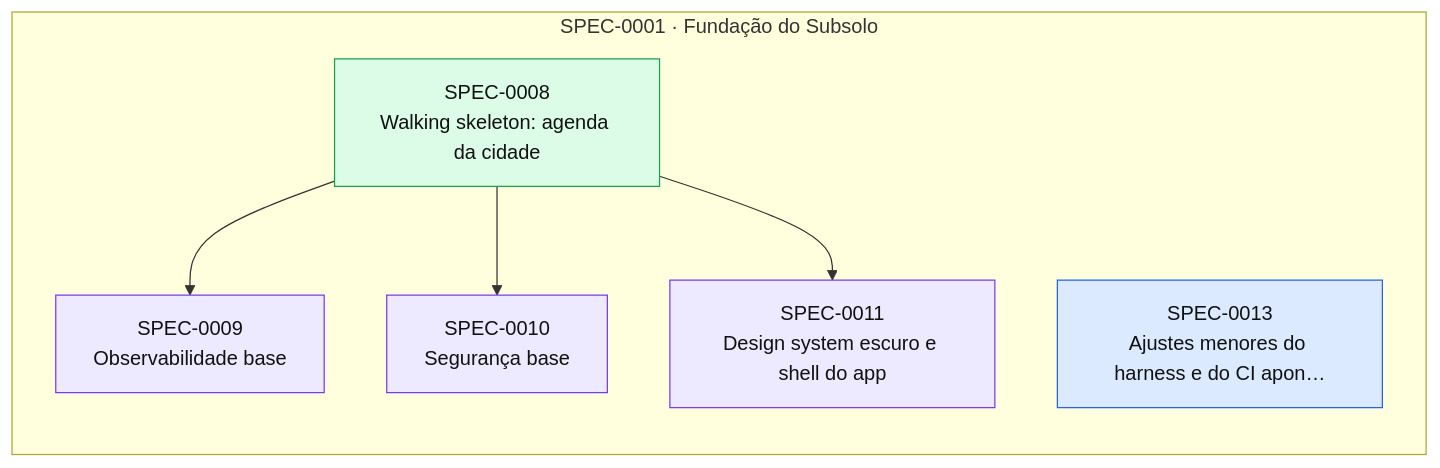
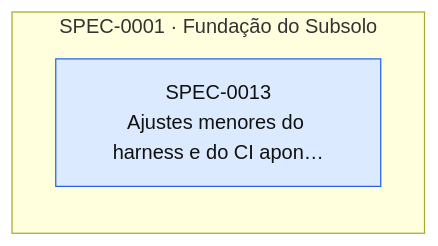
Before and after one commit to thomasravache/subsolo: the diagram in docs/specs/INDEX.md, drawn with Mermaid. The commit also changed other lines of this file and 5 other files, not shown here.

````diff
--- a/docs/specs/INDEX.md
+++ b/docs/specs/INDEX.md
@@ -64,18 +61,11 @@
 ```mermaid
 flowchart LR
   subgraph E0001["SPEC-0001 · Fundação do Subsolo"]
-    S0008["SPEC-0008<br/>Walking skeleton: agenda da cidade"]:::implemented
-    S0009["SPEC-0009<br/>Observabilidade base"]:::inprogress
-    S0010["SPEC-0010<br/>Segurança base"]:::inprogress
-    S0011["SPEC-0011<br/>Design system escuro e shell do app"]:::inprogress
     S0013["SPEC-0013<br/>Ajustes menores do harness e do CI apon…"]:::approved
   end
-  S0008 --> S0009
-  S0008 --> S0010
-  S0008 --> S0011
   classDef proposed fill:#fef3c7,stroke:#d97706,color:#111
   classDef approved fill:#dbeafe,stroke:#2563eb,color:#111
   classDef inprogress fill:#ede9fe,stroke:#7c3aed,color:#111
   classDef implemented fill:#dcfce7,stroke:#16a34a,color:#111
   classDef deprecated fill:#f3f4f6,stroke:#9ca3af,color:#6b7280
 ```
````
